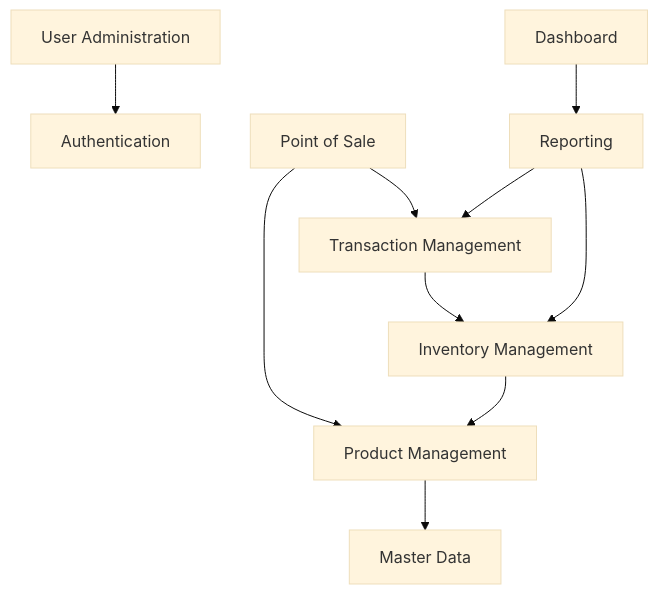
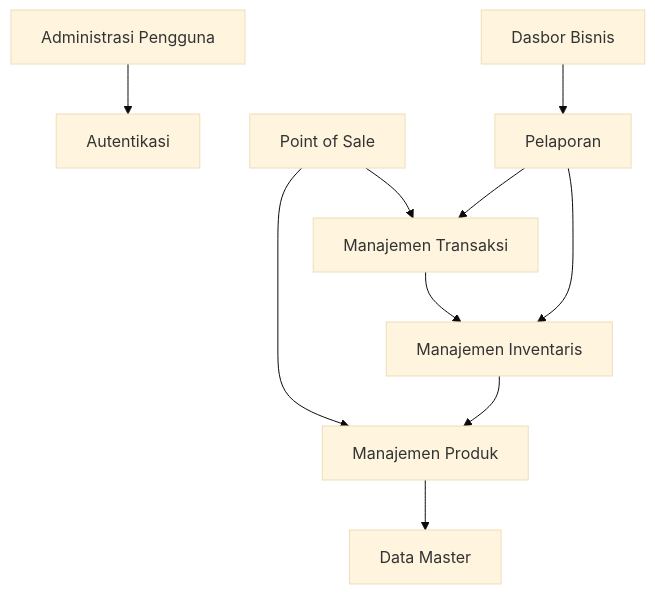
One commit to ZyxxBoy/cashierflow changed the third of 10 diagrams in docs/architecture.md. Above: the diagram before and after it, drawn with Mermaid (base theme). The commit also changed other lines of this file and 7 other files, not shown here.

````diff
--- a/docs/architecture.md
+++ b/docs/architecture.md
@@ -317,22 +303,22 @@
 ```mermaid
 flowchart TD
-    AUTH[Authentication]
-    USER[User Administration]
-    PRODUCT[Product Management]
-    MASTER[Master Data]
-    INVENTORY[Inventory Management]
+    AUTH[Autentikasi]
+    USER[Administrasi Pengguna]
+    PRODUCT[Manajemen Produk]
+    MASTER[Data Master]
+    INVENTORY[Manajemen Inventaris]
     POS[Point of Sale]
-    SALES[Transaction Management]
-    REPORT[Reporting]
-    DASHBOARD[Dashboard]
+    SALES[Manajemen Transaksi]
+    REPORT[Pelaporan]
+    DASHBOARD[Dasbor Bisnis]
 
     USER --> AUTH
     PRODUCT --> MASTER
     INVENTORY --> PRODUCT
     POS --> PRODUCT
     POS --> SALES
     SALES --> INVENTORY
     REPORT --> SALES
     REPORT --> INVENTORY
     DASHBOARD --> REPORT
 ```
````
